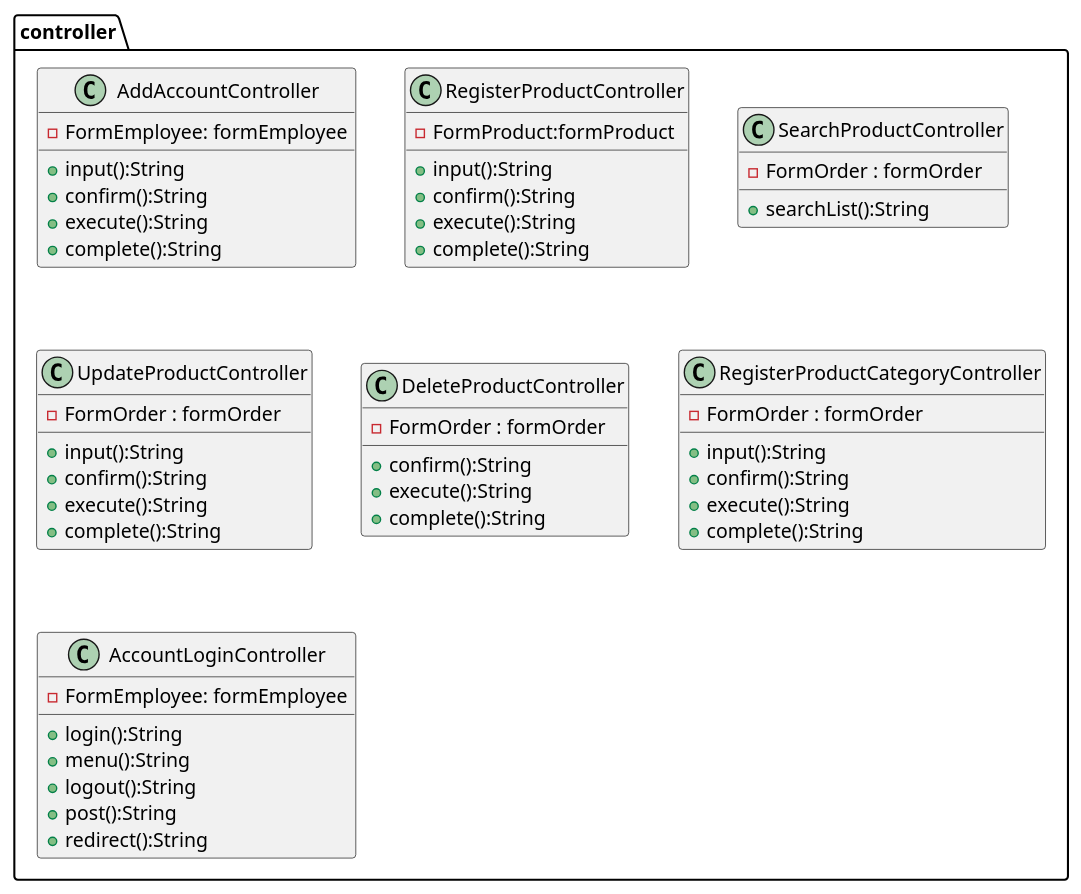
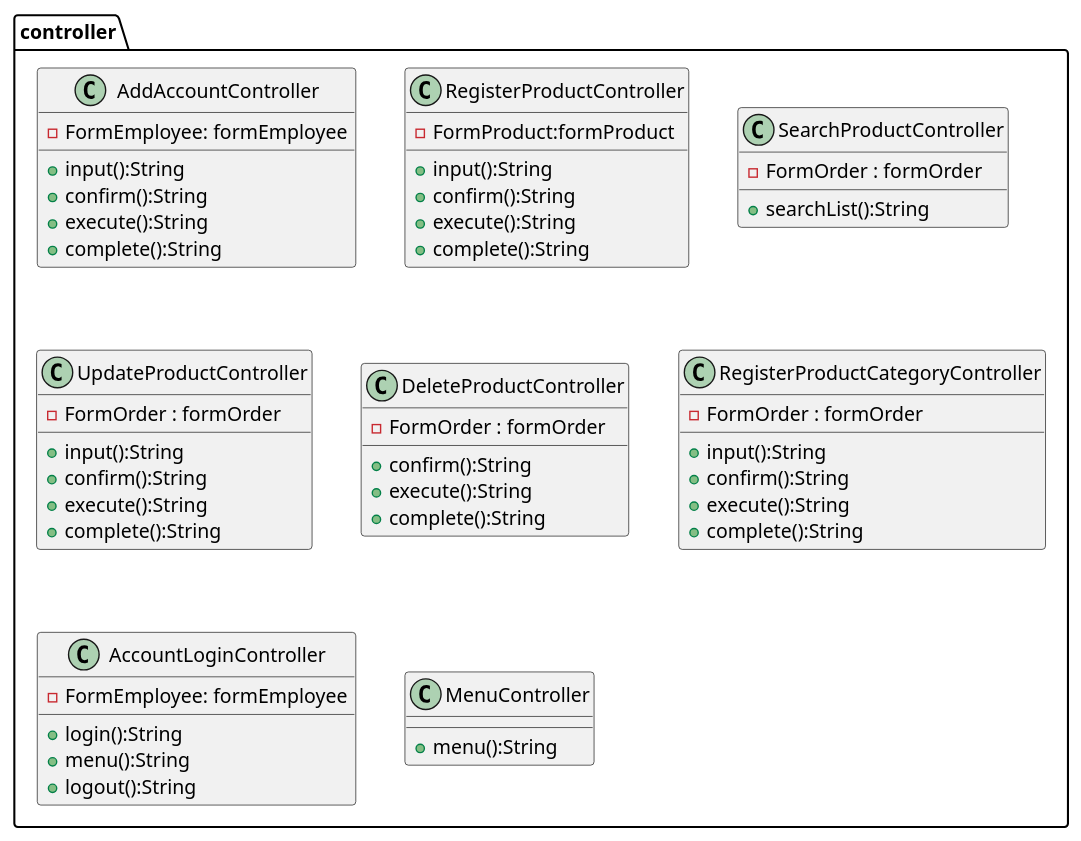
The diagram in plan/uml/class/controller.plantuml (kanavii3333/ec-b), drawn with PlantUML before and after one commit. The commit also changed 1 other file, not shown here.

```diff
--- a/plan/uml/class/controller.plantuml
+++ b/plan/uml/class/controller.plantuml
@@ -1,54 +1,54 @@
 package controller{
     class AddAccountController{
         -FormEmployee: formEmployee
         + input():String
         + confirm():String
         + execute():String
     	+ complete():String
         
     }
     class RegisterProductController{
     	- FormProduct:formProduct
         + input():String
         + confirm():String
         + execute():String
     	+ complete():String
     }
     class SearchProductController{
     	- FormOrder : formOrder
     	+ searchList():String
     	
       
         
     }
     class UpdateProductController{
         - FormOrder : formOrder
      	+ input():String
         + confirm():String
         + execute():String
     	+ complete():String
         
     }
     class DeleteProductController{
     	- FormOrder : formOrder
         + confirm():String
         + execute():String
     	+ complete():String
     }
     class RegisterProductCategoryController{
         - FormOrder : formOrder
         + input():String
         + confirm():String
         + execute():String
     	+ complete():String
     }
     class AccountLoginController{
         -FormEmployee: formEmployee
         + login():String
         + menu():String
         + logout():String
-        + post():String
-        + redirect():String
     }
+    class MenuController{
+        + menu():String
     
 }
```
